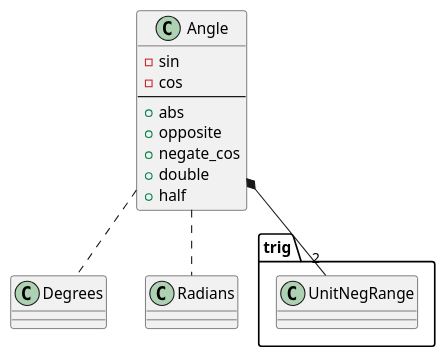
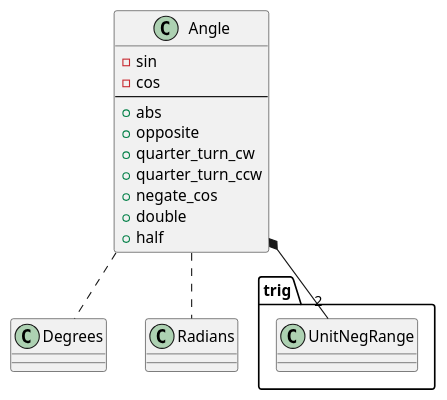
The diagram in docs/uml/angle_class_diagram.puml (kenba/angle-sc-rs), drawn with PlantUML before and after one commit. The commit also changed 3 other files, not shown here.

Commit message:
Add quarter_turn and spherical_cosine functions

```diff
--- a/docs/uml/angle_class_diagram.puml
+++ b/docs/uml/angle_class_diagram.puml
@@ -1,22 +1,24 @@
 @startuml
 
 'Copyright (c) 2024 Via Technology Ltd. All Rights Reserved.
 
 ' title Angle Class Diagram
 
 set namespaceSeparator ::
     class Angle {
         - sin
         - cos
         --
         + abs
         + opposite
+        + quarter_turn_cw
+        + quarter_turn_ccw
         + negate_cos
         + double
         + half
     }
 
     Angle .. Degrees
     Angle .. Radians
     Angle *-- "2" trig::UnitNegRange
 @enduml
```
